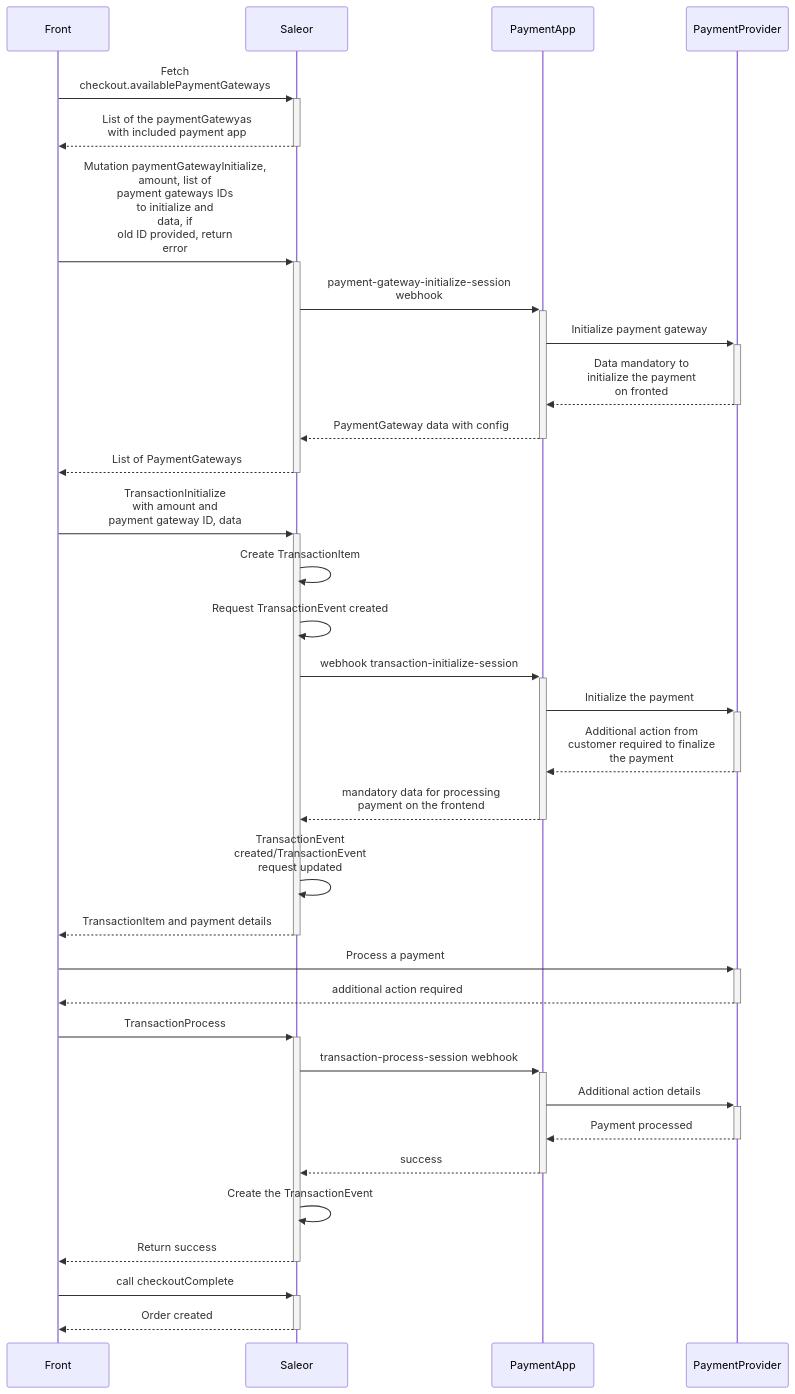
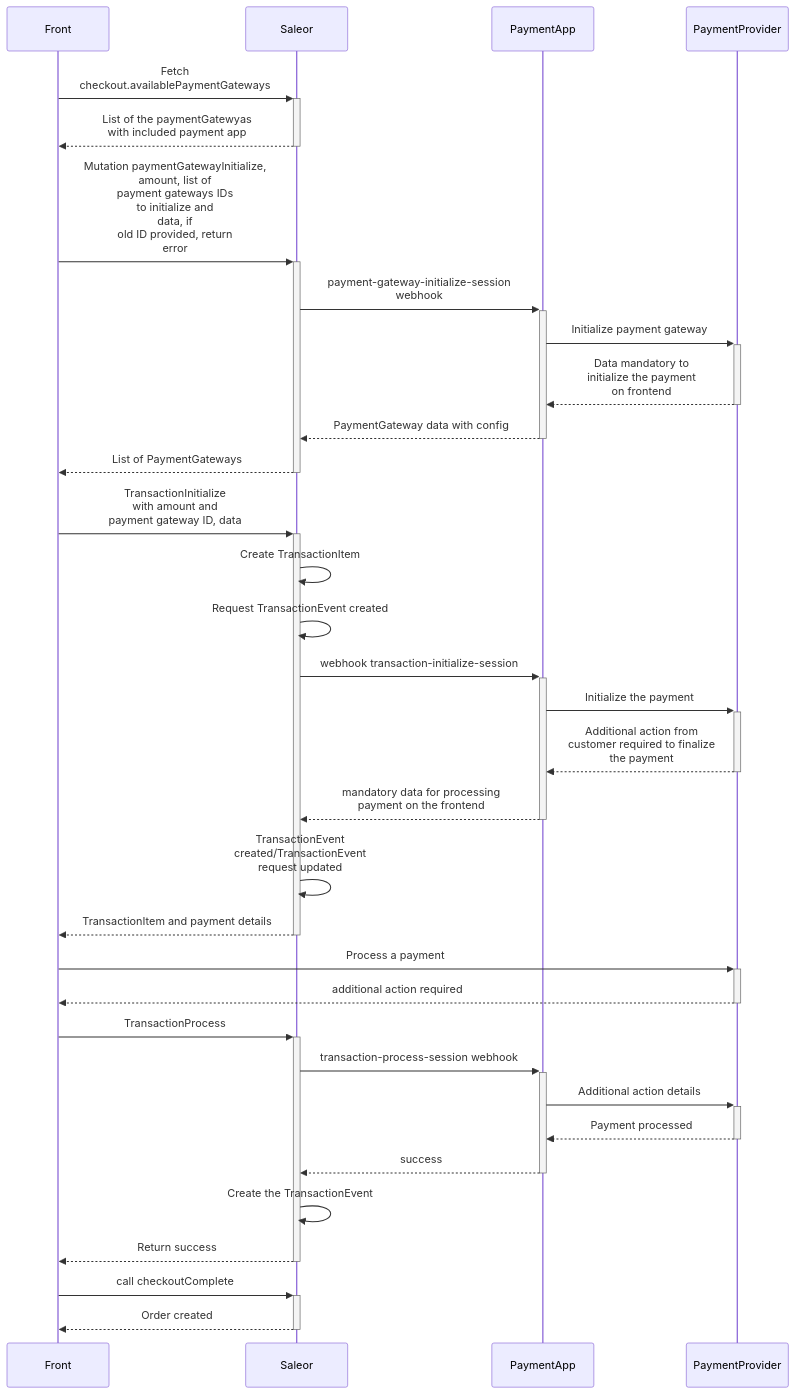
The first of 7 diagrams in versioned_docs/version-3.x/developer/checkout/finalizing.mdx (saleor/saleor-docs), drawn with Mermaid before and after one commit. The commit also changed 3 other files, not shown here.

Commit message:
Replace fronted with frontend

````diff
--- a/versioned_docs/version-3.x/developer/checkout/finalizing.mdx
+++ b/versioned_docs/version-3.x/developer/checkout/finalizing.mdx
@@ -39,31 +39,31 @@
 ```mermaid
 sequenceDiagram
   Front->>+Saleor: Fetch <br>checkout.availablePaymentGateways
   Saleor -->>- Front: List of the paymentGatewyas<br> with included payment app
   Front ->>+ Saleor: Mutation paymentGatewayInitialize,<br>amount, list of<br>payment gateways IDs<br>to initialize and <br>data, if<br>old ID provided, return<br>error
   Saleor ->>+ PaymentApp: payment-gateway-initialize-session<br>webhook
   PaymentApp ->>+ PaymentProvider: Initialize payment gateway
-  PaymentProvider -->>- PaymentApp: Data mandatory to<br>initialize the payment<br>on fronted
+  PaymentProvider -->>- PaymentApp: Data mandatory to<br>initialize the payment<br>on frontend
   PaymentApp -->>- Saleor: PaymentGateway data with config
   Saleor -->>- Front: List of PaymentGateways
   Front ->>+ Saleor: TransactionInitialize<br> with amount and<br>payment gateway ID, data
   Saleor ->> Saleor: Create TransactionItem
   Saleor ->> Saleor: Request TransactionEvent created
   Saleor ->>+ PaymentApp: webhook transaction-initialize-session
   PaymentApp ->>+ PaymentProvider: Initialize the payment
   PaymentProvider -->>- PaymentApp: Additional action from<br>customer required to finalize<br>the payment
   PaymentApp -->>- Saleor: mandatory data for processing<br>payment on the frontend
   Saleor ->> Saleor: TransactionEvent <br>created/TransactionEvent<br>request updated
   Saleor -->>- Front: TransactionItem and payment details
   Front ->>+ PaymentProvider: Process a payment
   PaymentProvider -->>- Front: additional action required
   Front ->>+ Saleor: TransactionProcess
   Saleor ->>+ PaymentApp: transaction-process-session webhook
   PaymentApp ->>+ PaymentProvider: Additional action details
   PaymentProvider -->>- PaymentApp: Payment processed
   PaymentApp -->>- Saleor: success
   Saleor ->> Saleor: Create the TransactionEvent
   Saleor -->>- Front: Return success
   Front ->>+ Saleor: call checkoutComplete
   Saleor -->>- Front: Order created
 ```
````
